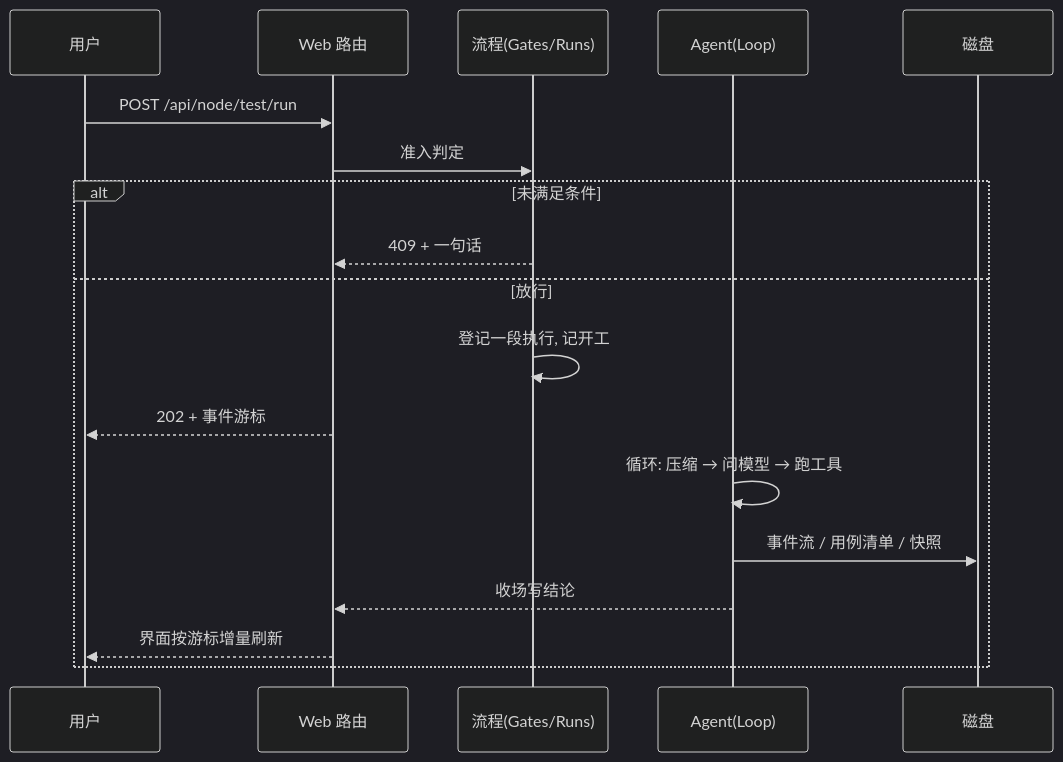
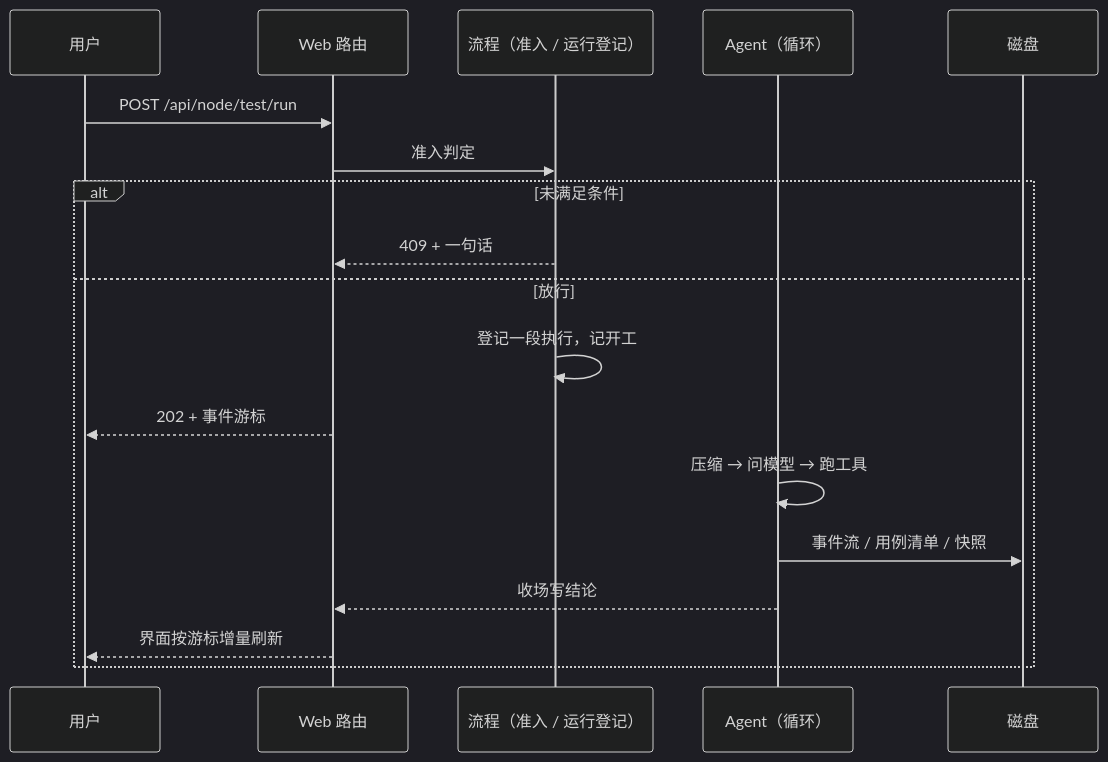
One commit to usergod121/specflow-ai changed the second of 2 diagrams in README.md. Above: the diagram before and after it, drawn with Mermaid (dark theme). The commit also changed other lines of this file, not shown here.

First line of the commit message:
docs: README 规范化，架构图改成带样式的 mermaid

````diff
--- a/README.md
+++ b/README.md
@@ -52,20 +64,20 @@
 ```mermaid
 sequenceDiagram
     participant U as 用户
     participant W as Web 路由
-    participant F as 流程(Gates/Runs)
-    participant A as Agent(Loop)
+    participant F as 流程（准入 / 运行登记）
+    participant A as Agent（循环）
     participant D as 磁盘
     U->>W: POST /api/node/test/run
     W->>F: 准入判定
     alt 未满足条件
         F-->>W: 409 + 一句话
     else 放行
-        F->>F: 登记一段执行, 记开工
+        F->>F: 登记一段执行，记开工
         W-->>U: 202 + 事件游标
-        A->>A: 循环: 压缩 → 问模型 → 跑工具
+        A->>A: 压缩 → 问模型 → 跑工具
         A->>D: 事件流 / 用例清单 / 快照
         A-->>W: 收场写结论
         W-->>U: 界面按游标增量刷新
     end
 ```
````
